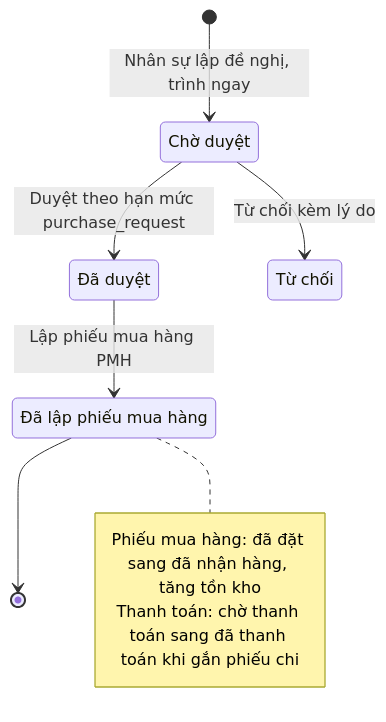
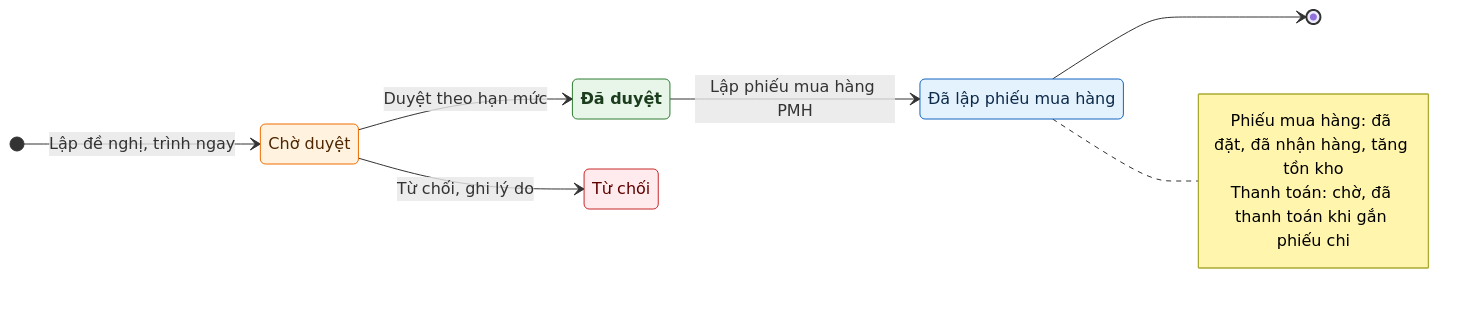
One commit to luckyshopvn/school_management changed diagram 12 of 12 in tai_lieu/34_TONG_HOP_CHUC_NANG_HE_THONG/05_TAI_CHINH_NHAN_SU_HAU_CAN.md. Above: the diagram before and after it, drawn with Mermaid. The commit also changed other lines of this file and 8 other files, not shown here.

````diff
--- a/tai_lieu/34_TONG_HOP_CHUC_NANG_HE_THONG/05_TAI_CHINH_NHAN_SU_HAU_CAN.md
+++ b/tai_lieu/34_TONG_HOP_CHUC_NANG_HE_THONG/05_TAI_CHINH_NHAN_SU_HAU_CAN.md
@@ -707,16 +1050,29 @@
 ```mermaid
 stateDiagram-v2
+  direction LR
+  classDef nhap fill:#eceff1,stroke:#546e7a,color:#263238
+  classDef cho fill:#fff3e0,stroke:#ef6c00,color:#4e2600
+  classDef dang fill:#e3f2fd,stroke:#1565c0,color:#0d2a4a
+  classDef xong fill:#e8f5e9,stroke:#2e7d32,color:#1b3d1d,font-weight:bold
+  classDef huy fill:#ffebee,stroke:#c62828,color:#5f0000
+
   state "Chờ duyệt" as pending
   state "Đã duyệt" as approved
   state "Từ chối" as rejected
   state "Đã lập phiếu mua hàng" as ordered
-  [*] --> pending: Nhân sự lập đề nghị, trình ngay
-  pending --> approved: Duyệt theo hạn mức purchase_request
-  pending --> rejected: Từ chối kèm lý do
-  approved --> ordered: Lập phiếu mua hàng PMH
+
+  [*] --> pending : Lập đề nghị, trình ngay
+  pending --> approved : Duyệt theo hạn mức
+  pending --> rejected : Từ chối, ghi lý do
+  approved --> ordered : Lập phiếu mua hàng PMH
   ordered --> [*]
   note right of ordered
-    Phiếu mua hàng: đã đặt sang đã nhận hàng, tăng tồn kho
-    Thanh toán: chờ thanh toán sang đã thanh toán khi gắn phiếu chi
+    Phiếu mua hàng: đã đặt, đã nhận hàng, tăng tồn kho
+    Thanh toán: chờ, đã thanh toán khi gắn phiếu chi
   end note
+
+  class pending cho
+  class approved xong
+  class rejected huy
+  class ordered dang
 ```
````
